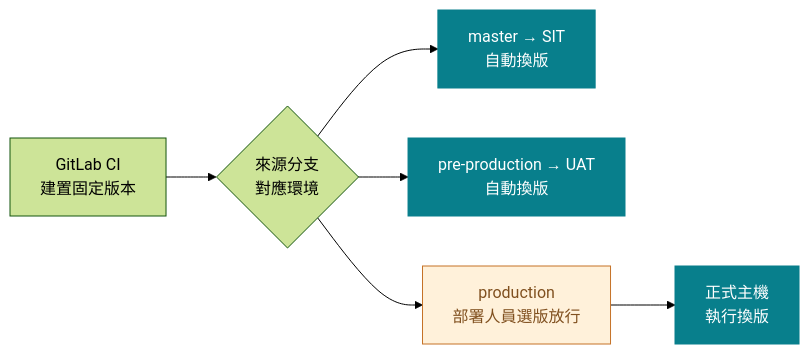
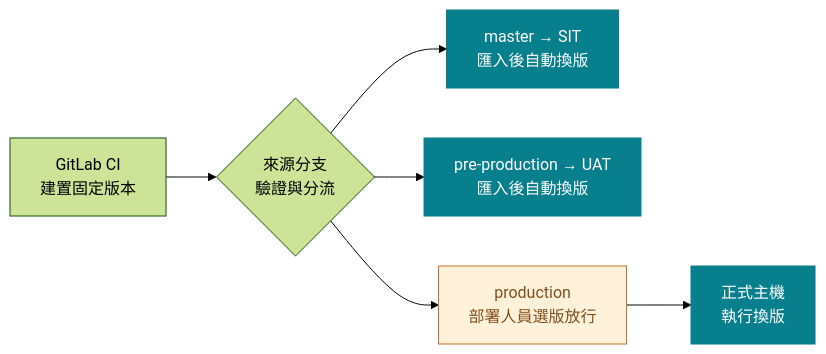
One commit to cyljacky02/gitlab-win-cicd changed the diagram in docs/presentations/diagrams/environment-approval.mmd. Above: the diagram before and after it, drawn with Mermaid (forest theme). The commit also changed 28 other files, not shown here.

Commit message:
docs: simplify Windows deployment proposal with event-driven ADO architecture

```diff
--- a/docs/presentations/diagrams/environment-approval.mmd
+++ b/docs/presentations/diagrams/environment-approval.mmd
@@ -1,25 +1,25 @@
 flowchart LR
 %% @name environment-approval
  A["GitLab CI<br/>建置固定版本"]
- B{"來源分支<br/>對應環境"}
- C["master → SIT<br/>自動換版"]
- D["pre-production → UAT<br/>自動換版"]
+ B{"來源分支<br/>驗證與分流"}
+ C["master → SIT<br/>匯入後自動換版"]
+ D["pre-production → UAT<br/>匯入後自動換版"]
  E["production<br/>部署人員選版放行"]
  F["正式主機<br/>執行換版"]
 %% @node A 0 90 195 85
 %% @node B 250 85 190 95
 %% @node C 555 0 325 75
 %% @node D 555 95 325 75
 %% @node E 505 190 215 80
 %% @node F 760 190 120 80
 %% @route B C 480 132 480 37
 %% @route B E 460 132 460 230
 A --> B
 B --> C
 B --> D
 B --> E
 E --> F
 class C,D,F target
 class E control
 classDef control fill:#FFF1DA,color:#80501F,stroke:#C57227
 classDef target fill:#087F8C,color:#ffffff,stroke:#087F8C
```
